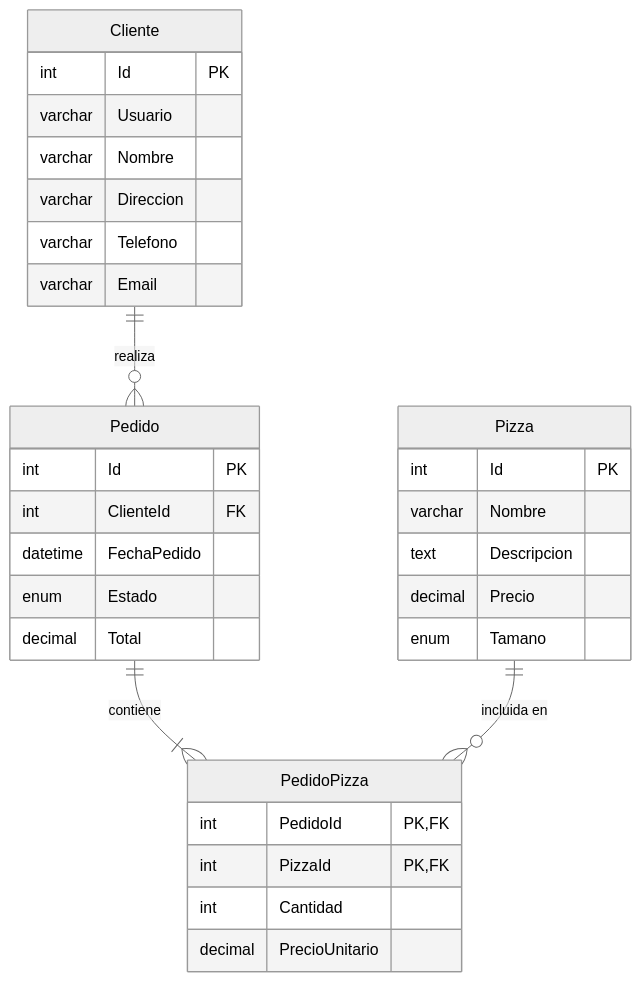
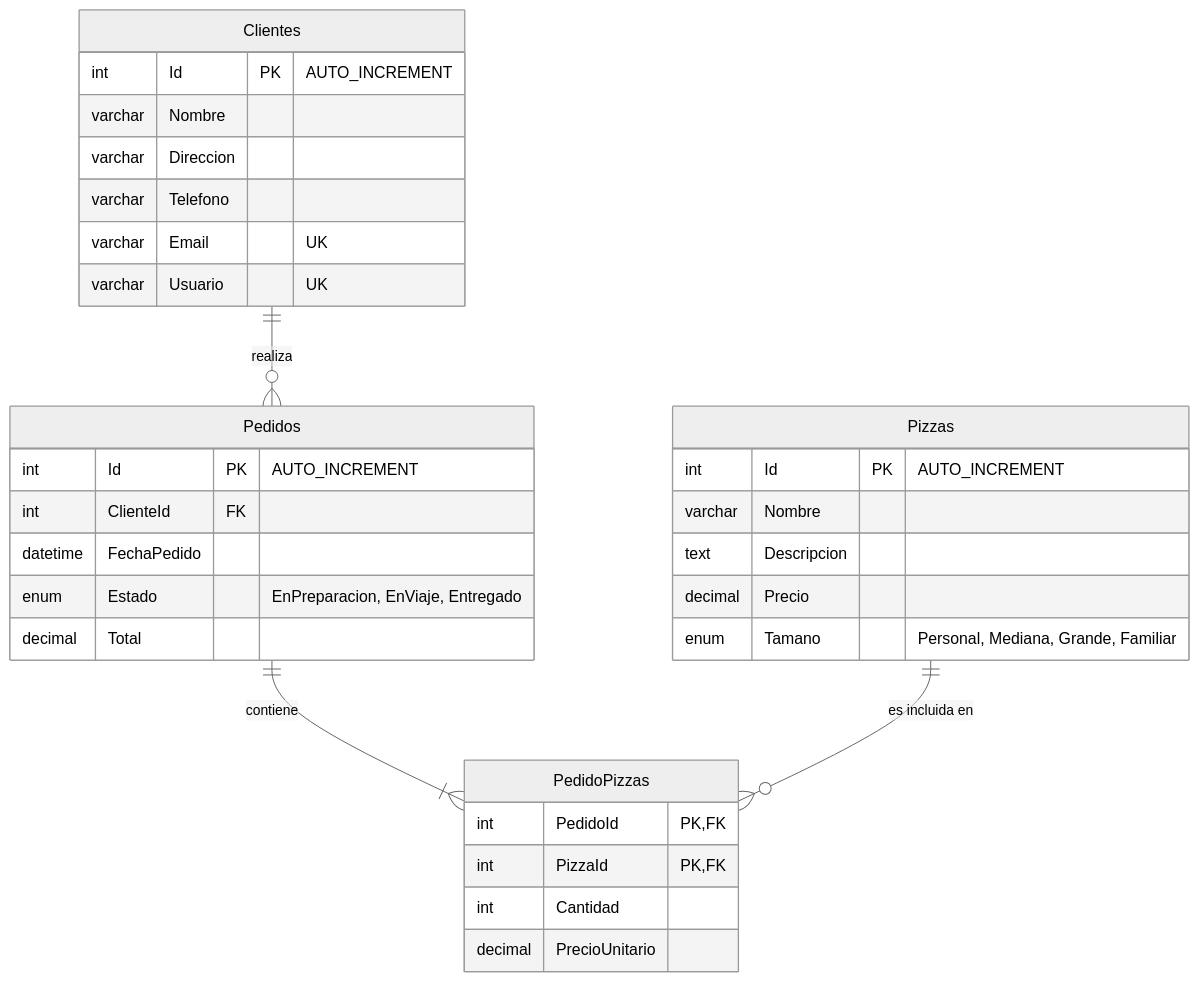
Before and after one commit to Darkops56/PSR-MinimalAPI: the first of 2 diagrams in docs/Der.md, drawn with Mermaid (neutral theme). The commit also changed 2 other files, not shown here.

Commit message:
arreglo de los diagramas

````diff
--- a/docs/Der.md
+++ b/docs/Der.md
@@ -43,38 +43,43 @@
 ```mermaid
 erDiagram
-    Cliente {
-        int Id PK
-        varchar Usuario
+    %% --- Entidad Clientes ---
+    Clientes {
+        int Id PK "AUTO_INCREMENT"
         varchar Nombre
         varchar Direccion
         varchar Telefono
-        varchar Email
+        varchar Email "UK"
+        varchar Usuario "UK"
     }
 
-    Pedido {
-        int Id PK
+    %% --- Entidad Pizzas ---
+    Pizzas {
+        int Id PK "AUTO_INCREMENT"
+        varchar Nombre
+        text Descripcion
+        decimal Precio
+        enum Tamano "Personal, Mediana, Grande, Familiar"
+    }
+
+    %% --- Entidad Pedidos ---
+    Pedidos {
+        int Id PK "AUTO_INCREMENT"
         int ClienteId FK
         datetime FechaPedido
-        enum Estado
+        enum Estado "EnPreparacion, EnViaje, Entregado"
         decimal Total
     }
 
-    Pizza {
-        int Id PK
-        varchar Nombre
-        text Descripcion
-        decimal Precio
-        enum Tamano
-    }
-
-    PedidoPizza {
+    %% --- Entidad Detalle / Intermedia ---
+    PedidoPizzas {
         int PedidoId PK, FK
         int PizzaId PK, FK
         int Cantidad
         decimal PrecioUnitario
     }
 
-    Cliente ||--o{ Pedido : "realiza"
-    Pedido ||--|{ PedidoPizza : "contiene"
-    Pizza ||--o{ PedidoPizza : "incluida en"
+    %% --- Relaciones y Cardinalidades ---
+    Clientes ||--o{ Pedidos : "realiza"
+    Pedidos ||--|{ PedidoPizzas : "contiene"
+    Pizzas ||--o{ PedidoPizzas : "es incluida en"
 ```
````
